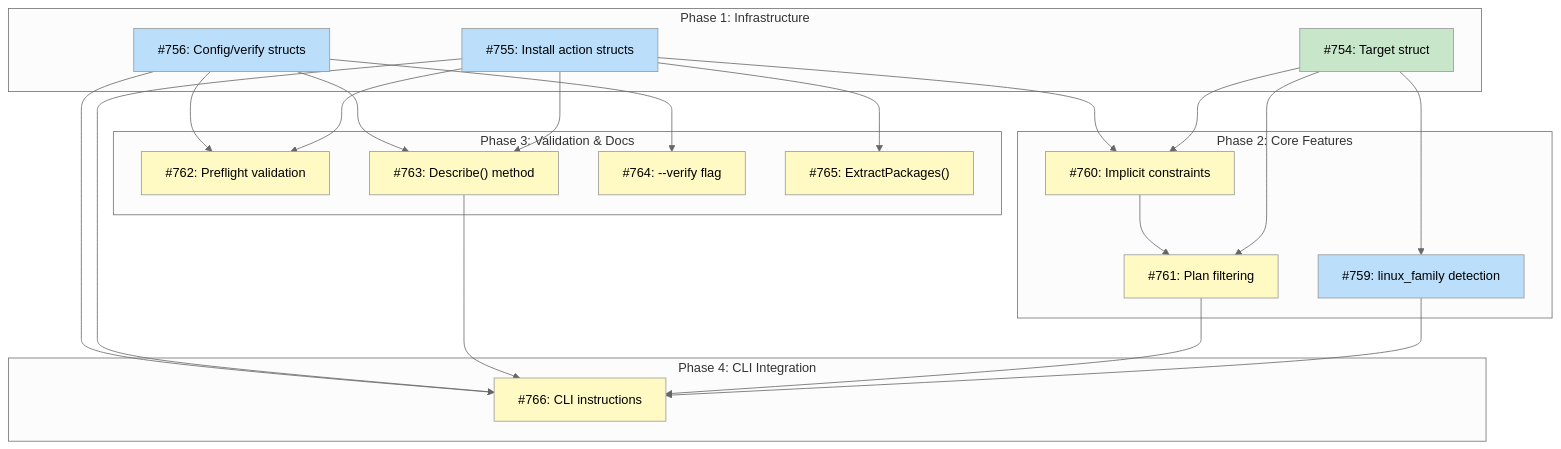
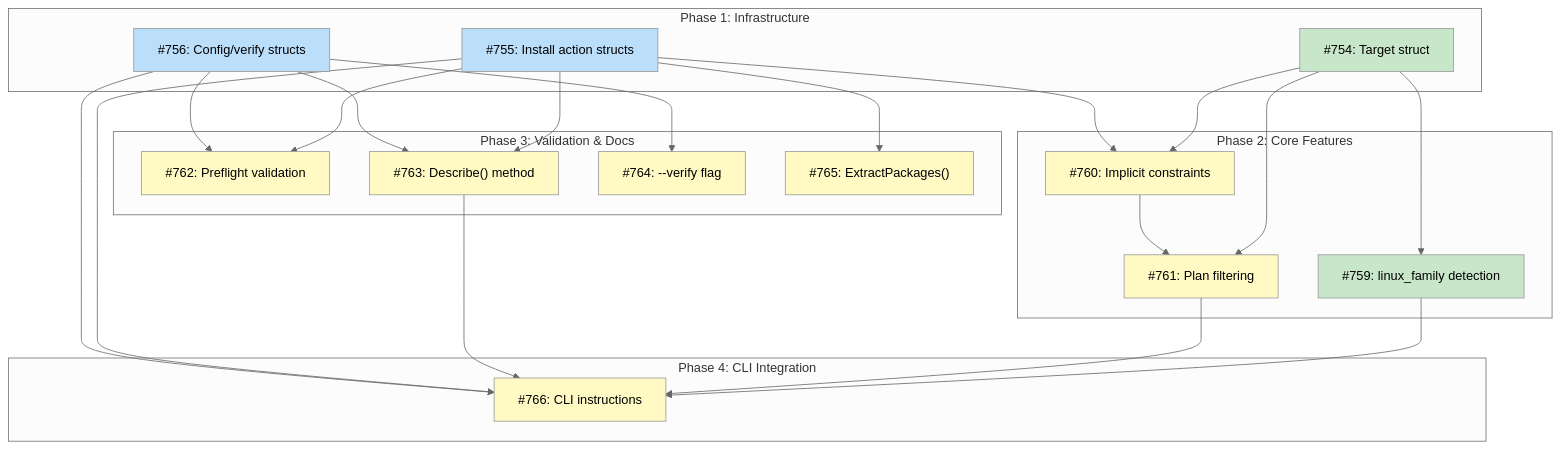
The diagram in docs/DESIGN-system-dependency-actions.md (tsukumogami/tsuku), drawn with Mermaid (neutral theme) before and after one commit. The commit also changed 8 other files, not shown here.

````diff
--- a/docs/DESIGN-system-dependency-actions.md
+++ b/docs/DESIGN-system-dependency-actions.md
@@ -27,51 +27,51 @@
 ```mermaid
 graph TD
     subgraph Phase1["Phase 1: Infrastructure"]
         I754["#754: Target struct"]
         I755["#755: Install action structs"]
         I756["#756: Config/verify structs"]
     end
 
     subgraph Phase2["Phase 2: Core Features"]
         I759["#759: linux_family detection"]
         I760["#760: Implicit constraints"]
         I761["#761: Plan filtering"]
     end
 
     subgraph Phase3["Phase 3: Validation & Docs"]
         I762["#762: Preflight validation"]
         I763["#763: Describe() method"]
         I764["#764: --verify flag"]
         I765["#765: ExtractPackages()"]
     end
 
     subgraph Phase4["Phase 4: CLI Integration"]
         I766["#766: CLI instructions"]
     end
 
     I754 --> I759
     I754 --> I760
     I755 --> I760
     I754 --> I761
     I760 --> I761
     I755 --> I762
     I756 --> I762
     I755 --> I763
     I756 --> I763
     I756 --> I764
     I755 --> I765
     I759 --> I766
     I761 --> I766
     I763 --> I766
     I755 --> I766
     I756 --> I766
 
     classDef done fill:#c8e6c9
     classDef ready fill:#bbdefb
     classDef blocked fill:#fff9c4
     classDef needsDesign fill:#e1bee7
 
-    class I754 done
-    class I755,I756,I759 ready
+    class I754,I759 done
+    class I755,I756 ready
     class I760,I761,I762,I763,I764,I765,I766 blocked
 ```
````
